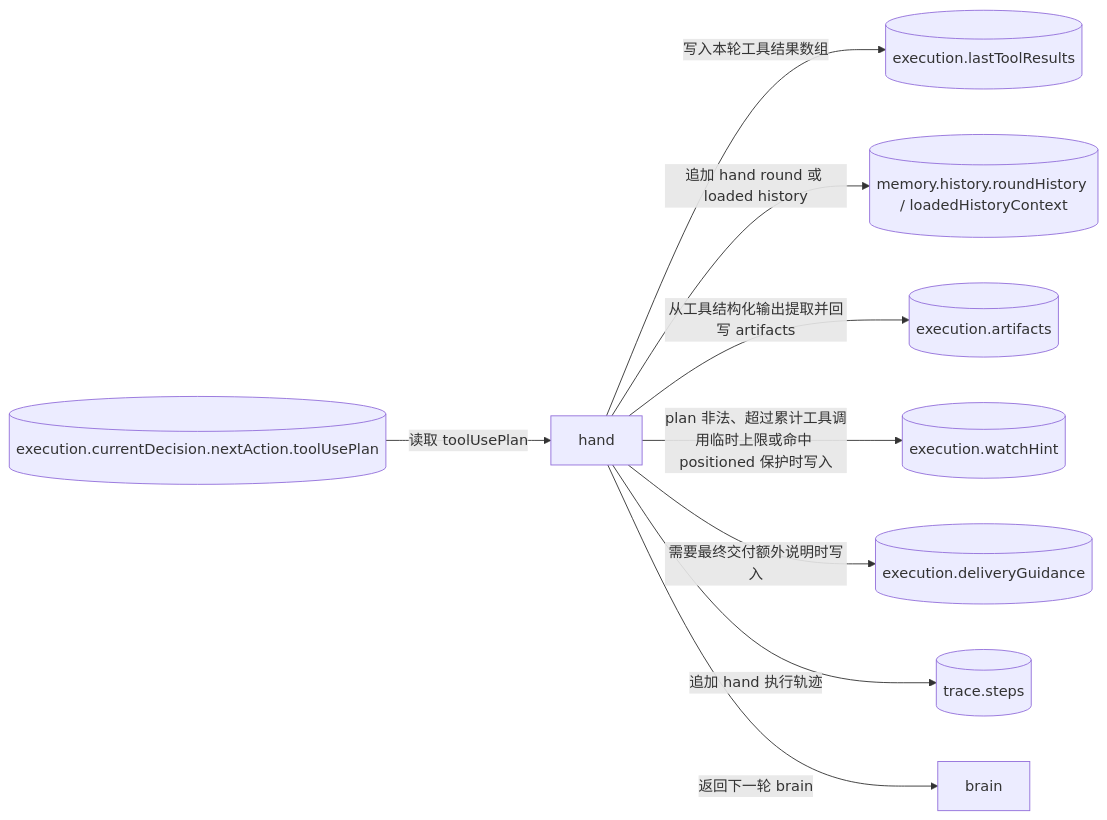
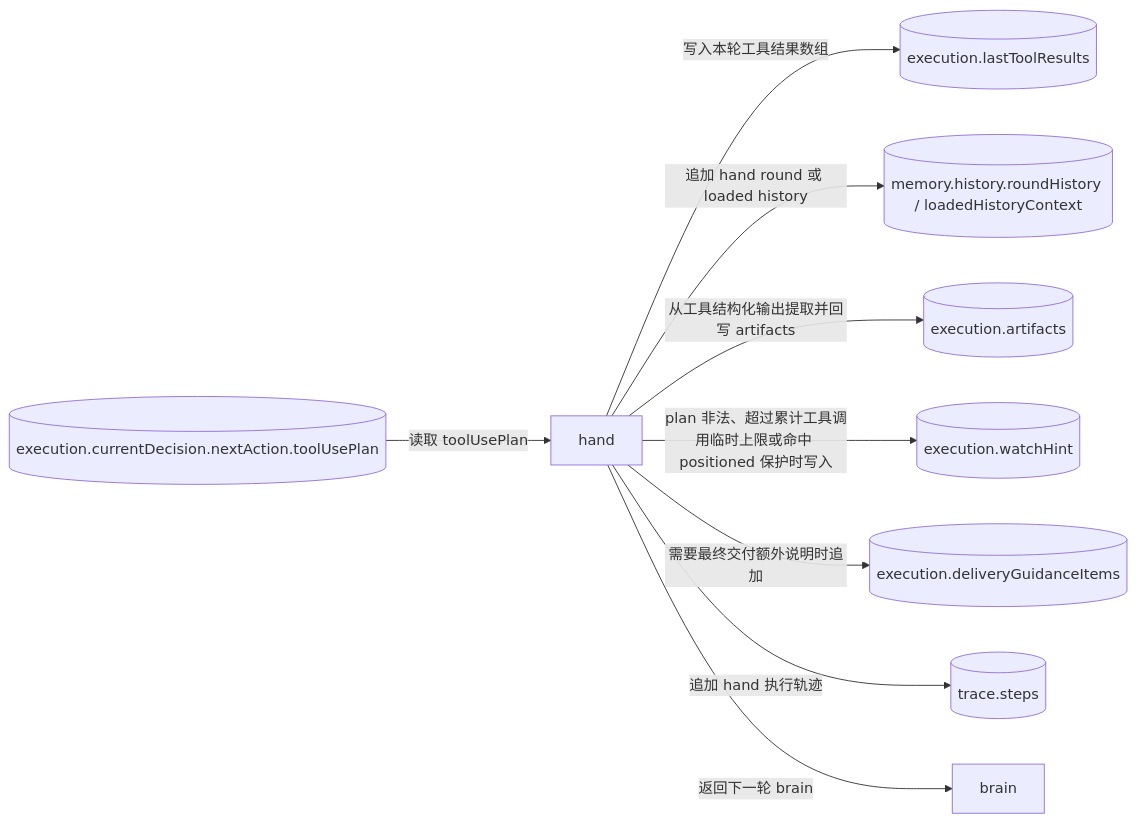
Before and after one commit to Yoan98/Ncurator: the fourth of 5 diagrams in doc/ai-design/data-definition-and-flow.md, drawn with Mermaid. The commit also changed other lines of this file and 25 other files, not shown here.

Commit message:
Refine delivery guidance handoff for mouth

````diff
--- a/doc/ai-design/data-definition-and-flow.md
+++ b/doc/ai-design/data-definition-and-flow.md
@@ -1084,21 +1091,21 @@
 ```mermaid
 flowchart LR
     CD[("execution.currentDecision.nextAction.toolUsePlan")]
     H["hand"]
     LTR[("execution.lastToolResults")]
     PM[("memory.history.roundHistory / loadedHistoryContext")]
     A[("execution.artifacts")]
     WH[("execution.watchHint")]
-    DG[("execution.deliveryGuidance")]
+    DG[("execution.deliveryGuidanceItems")]
     TR[("trace.steps")]
     B["brain"]
 
     CD -->|读取 toolUsePlan| H
     H -->|写入本轮工具结果数组| LTR
     H -->|追加 hand round 或 loaded history| PM
     H -->|从工具结构化输出提取并回写 artifacts| A
     H -->|plan 非法、超过累计工具调用临时上限或命中 positioned 保护时写入| WH
-    H -->|需要最终交付额外说明时写入| DG
+    H -->|需要最终交付额外说明时追加| DG
     H -->|追加 hand 执行轨迹| TR
     H -->|返回下一轮 brain| B
 ```
````
